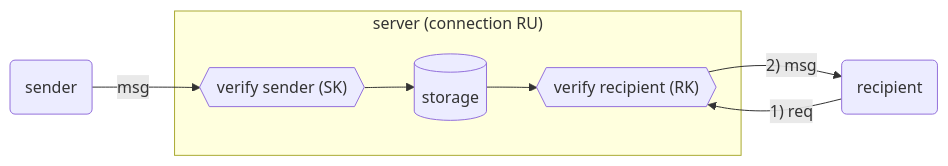
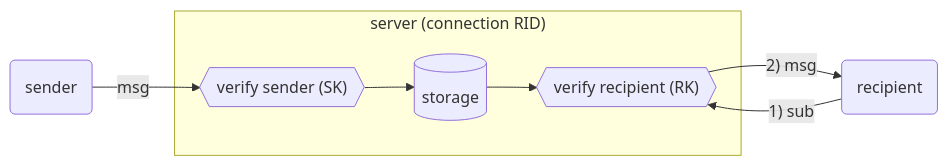
The diagram in diagrams/simplex-messaging/simplex.mmd (simplex-chat/simplex-chat), drawn with Mermaid before and after one commit. The commit also changed 9 other files, not shown here.

Commit message:
update diagrams

```diff
--- a/diagrams/simplex-messaging/simplex.mmd
+++ b/diagrams/simplex-messaging/simplex.mmd
@@ -1,11 +1,11 @@
 graph LR
   VS{{"verify sender (SK)"}}
   VR{{"verify recipient (RK)"}}
 
   S(sender) -->|msg| VS
-  subgraph "server (connection RU)"
+  subgraph "server (connection RID)"
     VS --> DB[("storage")]
     DB --> VR
   end
-  R(recipient) -->|"1) req"| VR
+  R(recipient) -->|"1) sub"| VR
   VR -->|"2) msg"| R
```
